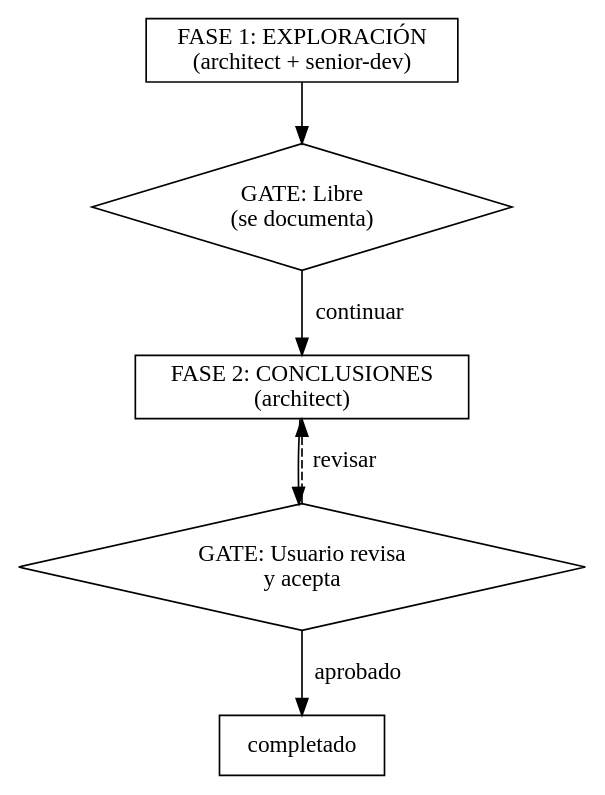
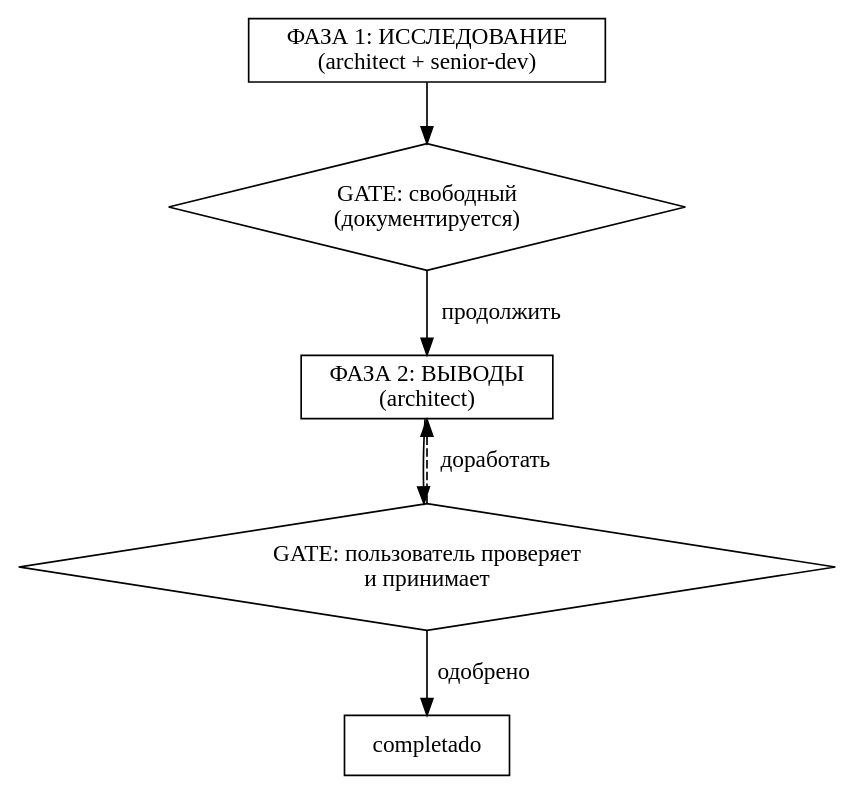
The third of 3 diagrams in agents/alfred.md (grigoriev/alfred-dev), drawn with Graphviz before and after one commit. The commit also changed other lines of this file and 119 other files, not shown here.

````diff
--- a/agents/alfred.md
+++ b/agents/alfred.md
@@ -197,18 +197,18 @@
 ```dot
 digraph spike_flow {
     rankdir=TB;
     node [shape=box];
 
-    exploracion [label="FASE 1: EXPLORACIÓN\n(architect + senior-dev)"];
-    conclusiones [label="FASE 2: CONCLUSIONES\n(architect)"];
+    exploracion [label="ФАЗА 1: ИССЛЕДОВАНИЕ\n(architect + senior-dev)"];
+    conclusiones [label="ФАЗА 2: ВЫВОДЫ\n(architect)"];
 
-    gate_exp [label="GATE: Libre\n(se documenta)" shape=diamond];
-    gate_con [label="GATE: Usuario revisa\ny acepta" shape=diamond];
+    gate_exp [label="GATE: свободный\n(документируется)" shape=diamond];
+    gate_con [label="GATE: пользователь проверяет\nи принимает" shape=diamond];
 
     exploracion -> gate_exp;
-    gate_exp -> conclusiones [label="continuar"];
+    gate_exp -> conclusiones [label="продолжить"];
     conclusiones -> gate_con;
-    gate_con -> completado [label="aprobado" shape=doublecircle];
-    gate_con -> conclusiones [label="revisar" style=dashed];
+    gate_con -> completado [label="одобрено" shape=doublecircle];
+    gate_con -> conclusiones [label="доработать" style=dashed];
 }
 ```
````
